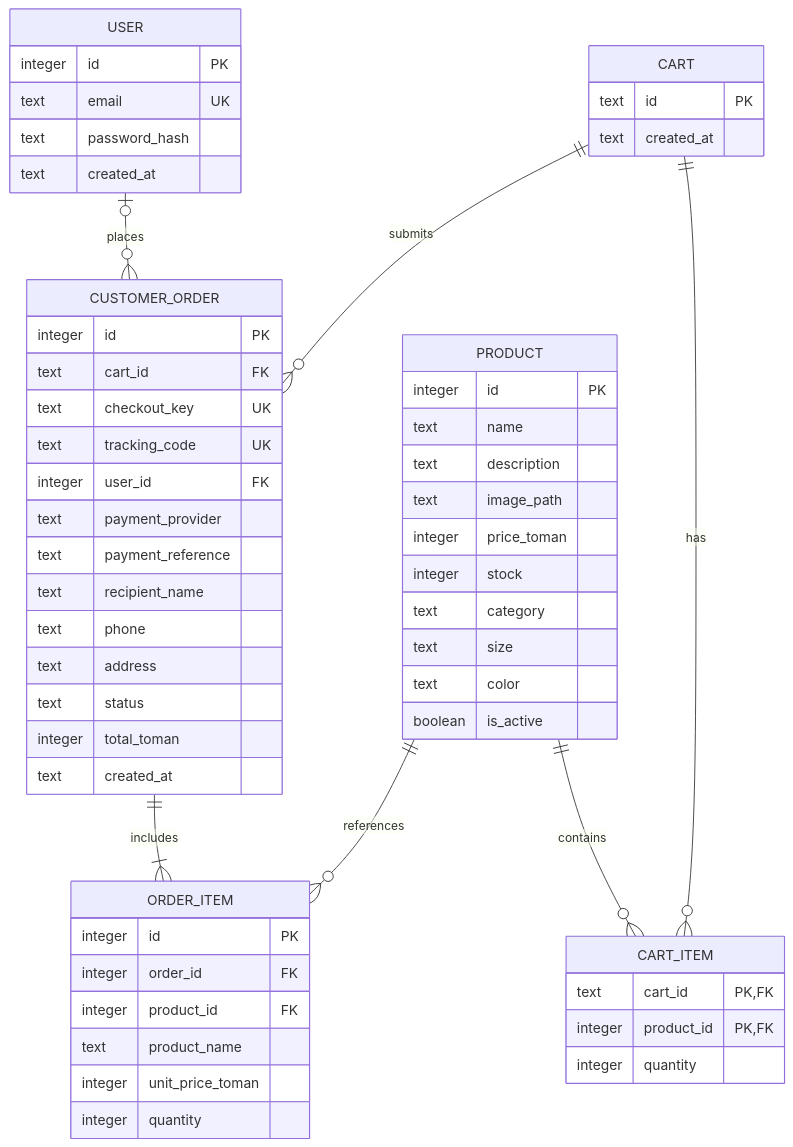
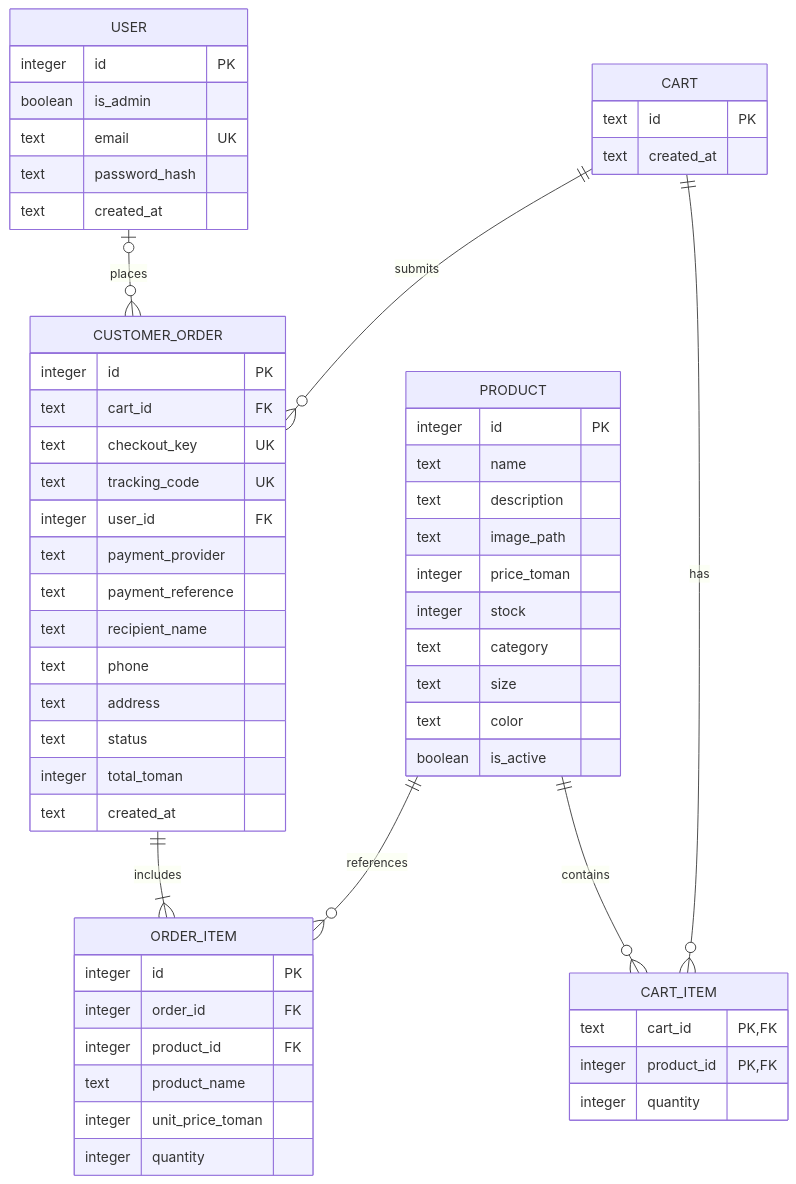
Before and after one commit to minooaslani137853-boop/iranian-clothing-shop: the diagram in docs/er-diagram.md, drawn with Mermaid. The commit also changed other lines of this file and 24 other files, not shown here.

````diff
--- a/docs/er-diagram.md
+++ b/docs/er-diagram.md
@@ -5,59 +5,60 @@
 ```mermaid
 erDiagram
     USER {
         integer id PK
+        boolean is_admin
         text email UK
         text password_hash
         text created_at
     }
     USER o|--o{ CUSTOMER_ORDER : places
     PRODUCT ||--o{ CART_ITEM : contains
     CART ||--o{ CART_ITEM : has
     CART ||--o{ CUSTOMER_ORDER : submits
     CUSTOMER_ORDER ||--|{ ORDER_ITEM : includes
     PRODUCT ||--o{ ORDER_ITEM : references
     PRODUCT {
         integer id PK
         text name
         text description
         text image_path
         integer price_toman
         integer stock
         text category
         text size
         text color
         boolean is_active
     }
     CART {
         text id PK
         text created_at
     }
     CART_ITEM {
         text cart_id PK,FK
         integer product_id PK,FK
         integer quantity
     }
     CUSTOMER_ORDER {
         integer id PK
         text cart_id FK
         text checkout_key UK
         text tracking_code UK
         integer user_id FK
         text payment_provider
         text payment_reference
         text recipient_name
         text phone
         text address
         text status
         integer total_toman
         text created_at
     }
     ORDER_ITEM {
         integer id PK
         integer order_id FK
         integer product_id FK
         text product_name
         integer unit_price_toman
         integer quantity
     }
 ```
````
